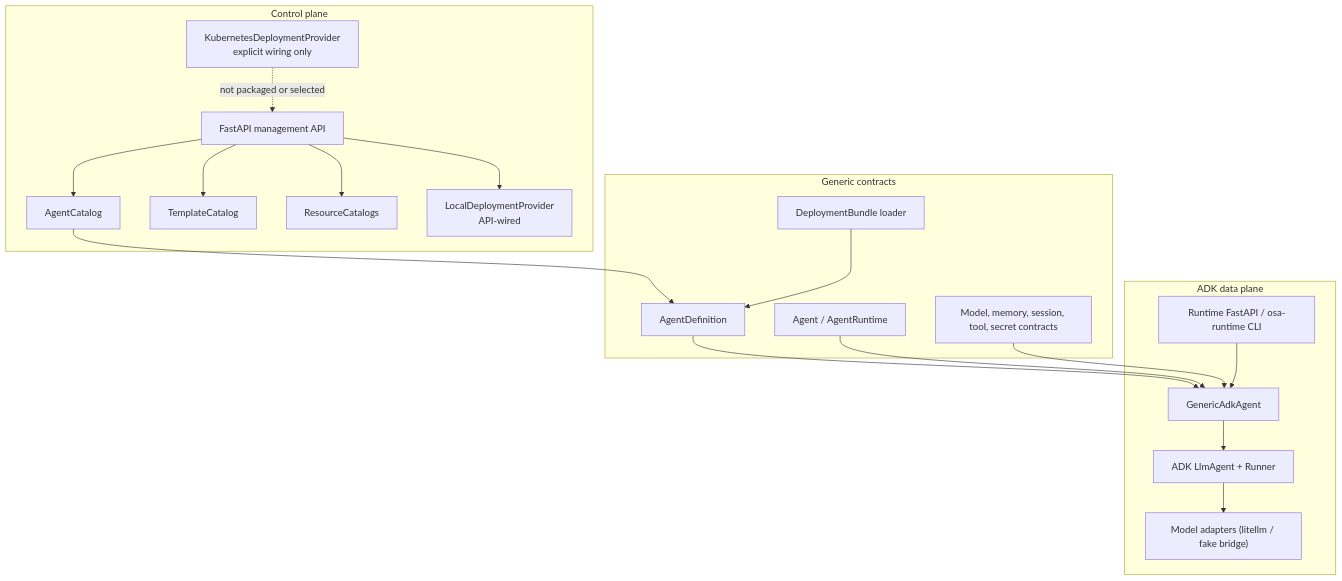
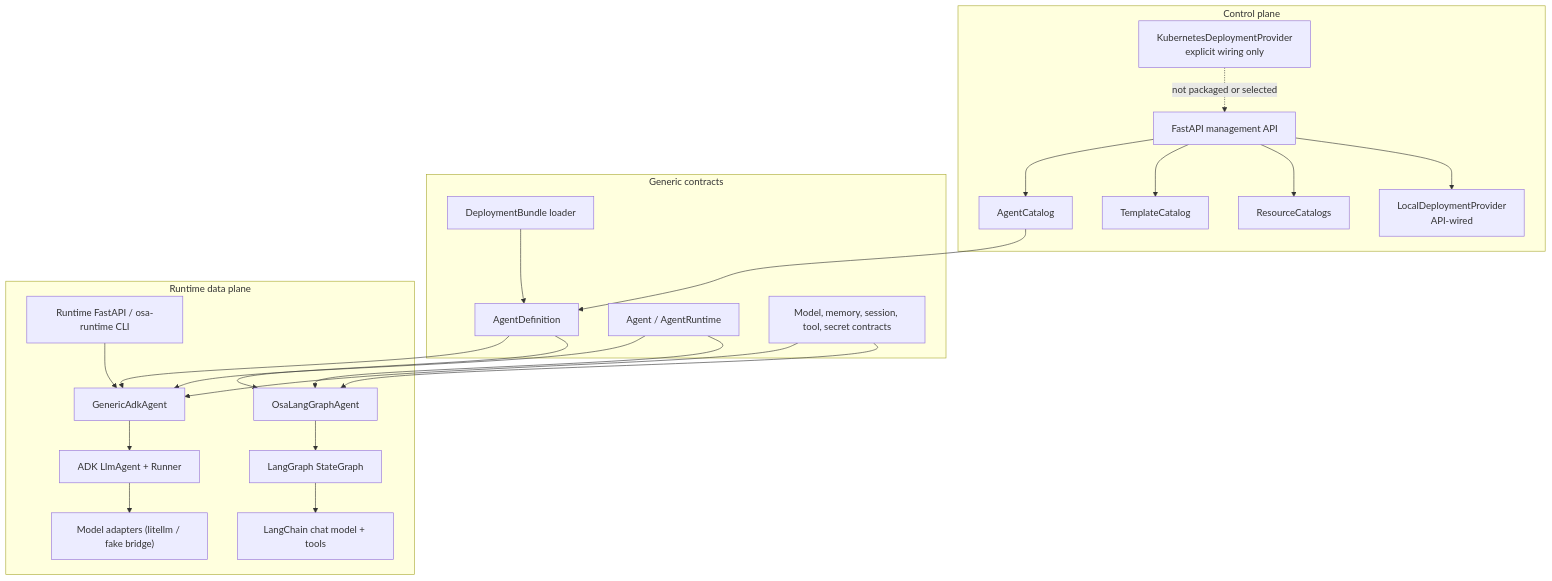
The first of 3 diagrams in docs/ARCHITECTURE.md (bassemZohdy/open-simple-agent), drawn with Mermaid before and after one commit. The commit also changed other lines of this file and 28 other files, not shown here.

Commit message:
feat: add LangChain LangGraph runtime backend

````diff
--- a/docs/ARCHITECTURE.md
+++ b/docs/ARCHITECTURE.md
@@ -21,39 +22,47 @@
 ```mermaid
 flowchart TB
     subgraph CP["Control plane"]
         CPAPI["FastAPI management API"]
         AC["AgentCatalog"]
         TC["TemplateCatalog"]
         RC["ResourceCatalogs"]
         DP["LocalDeploymentProvider\nAPI-wired"]
         KDP["KubernetesDeploymentProvider\nexplicit wiring only"]
     end
 
     subgraph DOMAIN["Generic contracts"]
         DEF["AgentDefinition"]
         BUNDLE["DeploymentBundle loader"]
         CONTRACT["Agent / AgentRuntime"]
         PROVIDERS["Model, memory, session, tool, secret contracts"]
     end
 
-    subgraph DATA["ADK data plane"]
+    subgraph DATA["Runtime data plane"]
         RAPI["Runtime FastAPI / osa-runtime CLI"]
         GA["GenericAdkAgent"]
         ADK["ADK LlmAgent + Runner"]
         MAD["Model adapters (litellm / fake bridge)"]
+        LG["OsaLangGraphAgent"]
+        GRAPH["LangGraph StateGraph"]
+        LCM["LangChain chat model + tools"]
     end
 
     CPAPI --> AC
     CPAPI --> TC
     CPAPI --> RC
     AC --> DEF
     BUNDLE --> DEF
     DEF --> GA
     CONTRACT --> GA
     PROVIDERS --> GA
     RAPI --> GA
     GA --> ADK
     ADK --> MAD
+    DEF --> LG
+    CONTRACT --> LG
+    PROVIDERS --> LG
+    LG --> GRAPH
+    GRAPH --> LCM
     CPAPI --> DP
     KDP -. "not packaged or selected" .-> CPAPI
 ```
````
